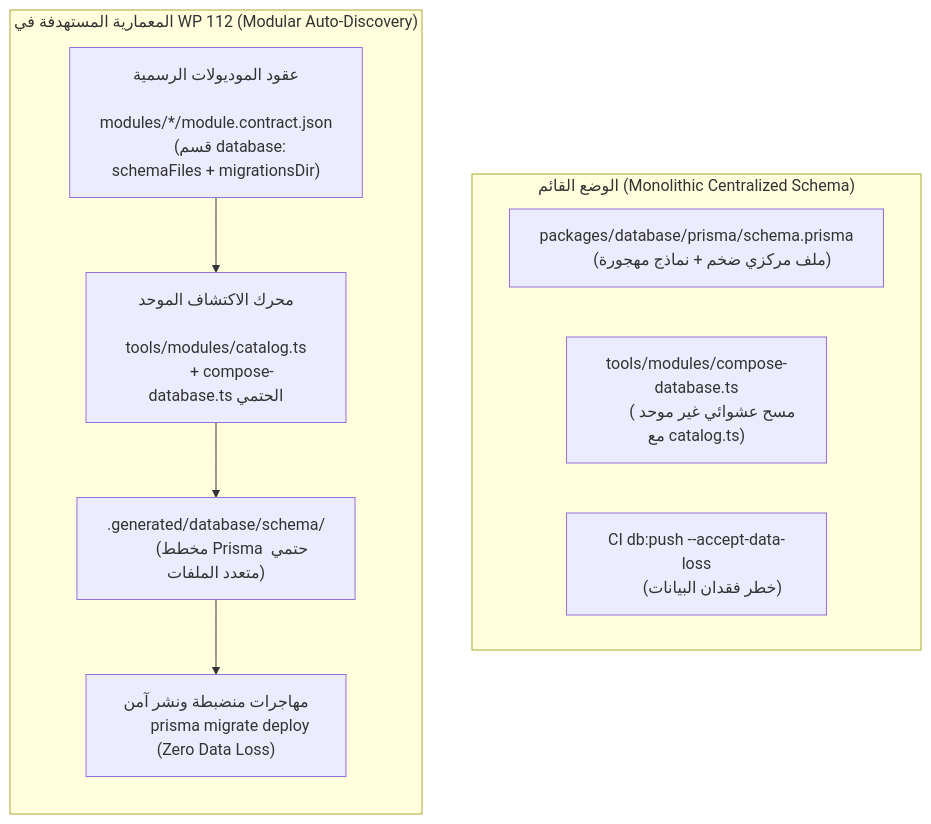
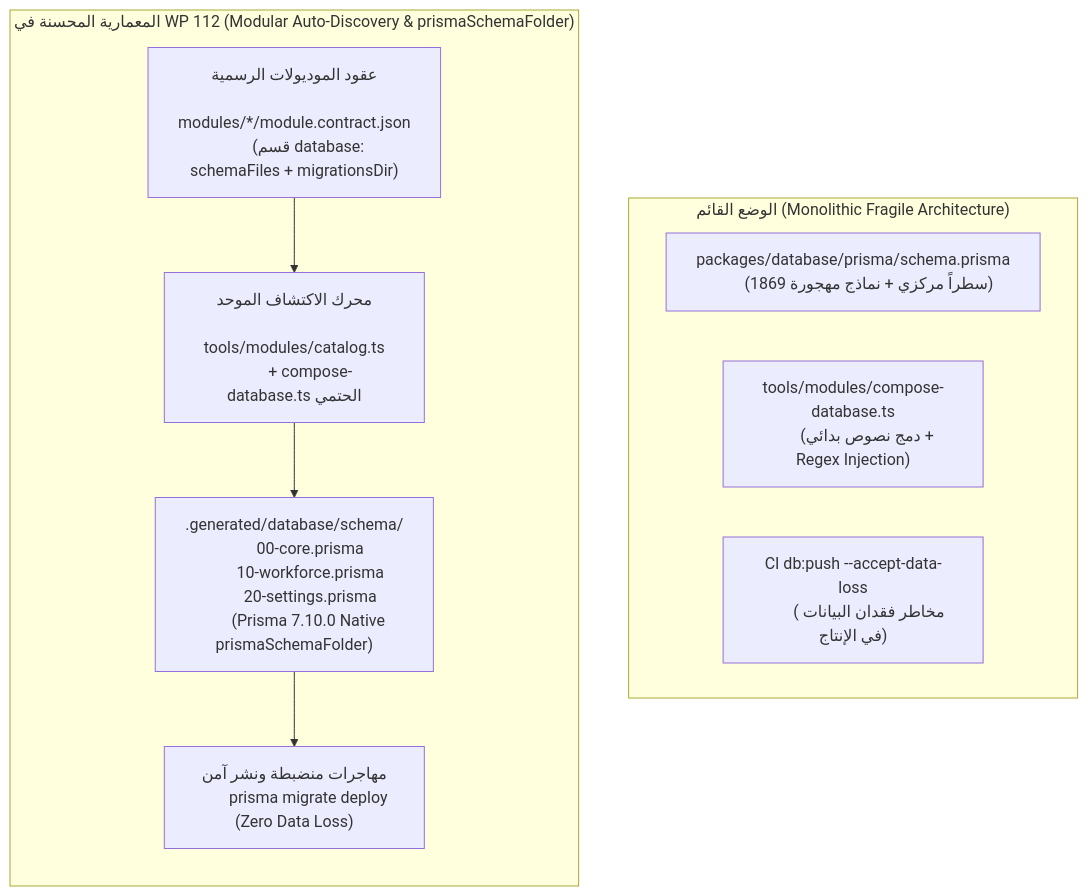
One commit to SalehOsman/Alsaada-Smart-Bot changed the first of 2 diagrams in docs/work-plans/112-plan-functional-database-schema-and-module-autodiscovery.md. Above: the diagram before and after it, drawn with Mermaid. The commit also changed other lines of this file, not shown here.

Commit message:
docs(plan): integrate 4 enhanced architectural improvements into Work Plan 112

````diff
--- a/docs/work-plans/112-plan-functional-database-schema-and-module-autodiscovery.md
+++ b/docs/work-plans/112-plan-functional-database-schema-and-module-autodiscovery.md
@@ -21,29 +22,32 @@
 ```mermaid
 flowchart TB
-    subgraph Problem["الوضع القائم (Monolithic Centralized Schema)"]
+    subgraph Problem["الوضع القائم (Monolithic Fragile Architecture)"]
         CentralSchema["packages/database/prisma/schema.prisma
-        (ملف مركزي ضخم + نماذج مهجورة)"]
-        AdHocCompose["tools/modules/compose-database.ts
-        (مسح عشوائي غير موحد مع catalog.ts)"]
+        (1869 سطراً مركزي + نماذج مهجورة)"]
+        RegexCompose["tools/modules/compose-database.ts
+        (دمج نصوص بدائي + Regex Injection)"]
         CIPush["CI db:push --accept-data-loss
-        (خطر فقدان البيانات)"]
+        (مخاطر فقدان البيانات في الإنتاج)"]
     end
 
-    subgraph Solution["المعمارية المستهدفة في WP 112 (Modular Auto-Discovery)"]
+    subgraph Solution["المعمارية المحسنة في WP 112 (Modular Auto-Discovery & prismaSchemaFolder)"]
         direction TB
         Contracts["عقود الموديولات الرسمية
         modules/*/module.contract.json
         (قسم database: schemaFiles + migrationsDir)"]
         UnifiedDiscovery["محرك الاكتشاف الموحد
         tools/modules/catalog.ts
         + compose-database.ts الحتمي"]
         MultiFileSchema[".generated/database/schema/
-        (مخطط Prisma حتمي متعدد الملفات)"]
+        00-core.prisma
+        10-workforce.prisma
+        20-settings.prisma
+        (Prisma 7.10.0 Native prismaSchemaFolder)"]
         SafeMigrations["مهاجرات منضبطة ونشر آمن
         prisma migrate deploy (Zero Data Loss)"]
         
         Contracts --> UnifiedDiscovery
         UnifiedDiscovery --> MultiFileSchema
         MultiFileSchema --> SafeMigrations
     end
 ```
````
